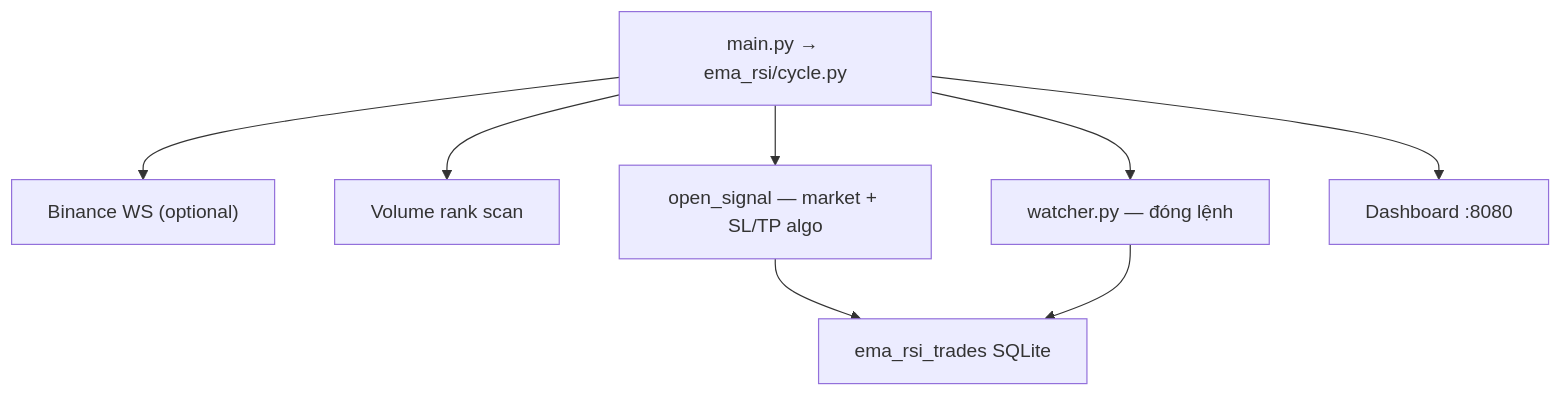
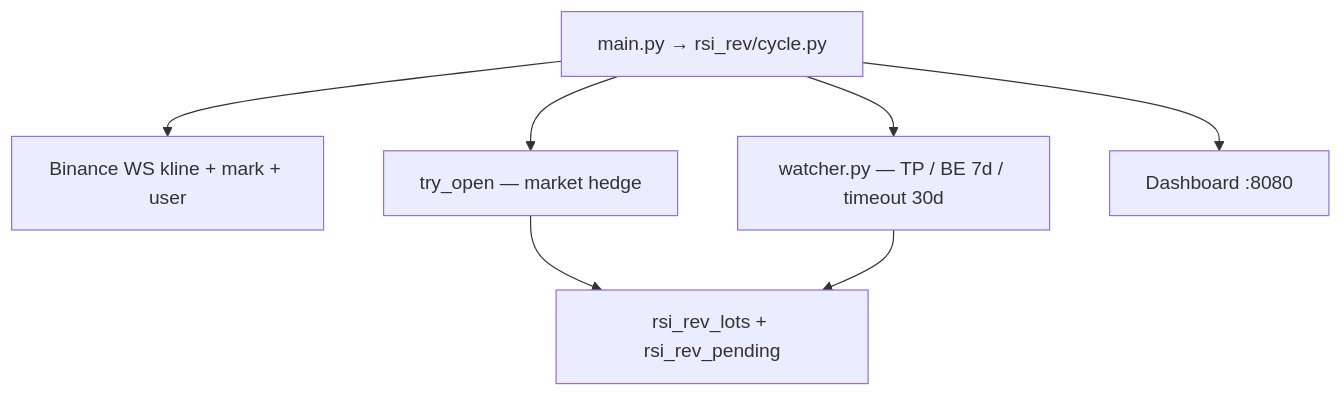
Before and after one commit to vnbees/ema-follow: the first of 2 diagrams in docs/BOT_LOGIC.md, drawn with Mermaid. The commit also changed other lines of this file and 41 other files, not shown here.

````diff
--- a/docs/BOT_LOGIC.md
+++ b/docs/BOT_LOGIC.md
@@ -26,11 +29,10 @@
 ```mermaid
 flowchart TB
-    main["main.py → ema_rsi/cycle.py"]
-    main --> ws["Binance WS (optional)"]
-    main --> scan["Volume rank scan"]
-    main --> entry["open_signal — market + SL/TP algo"]
-    main --> watcher["watcher.py — đóng lệnh"]
-    entry --> db["ema_rsi_trades SQLite"]
+    main["main.py → rsi_rev/cycle.py"]
+    main --> ws["Binance WS kline + mark + user"]
+    main --> entry["try_open — market hedge"]
+    main --> watcher["watcher.py — TP / BE 7d / timeout 30d"]
+    entry --> db["rsi_rev_lots + rsi_rev_pending"]
     main --> web["Dashboard :8080"]
     watcher --> db
 ```
````
